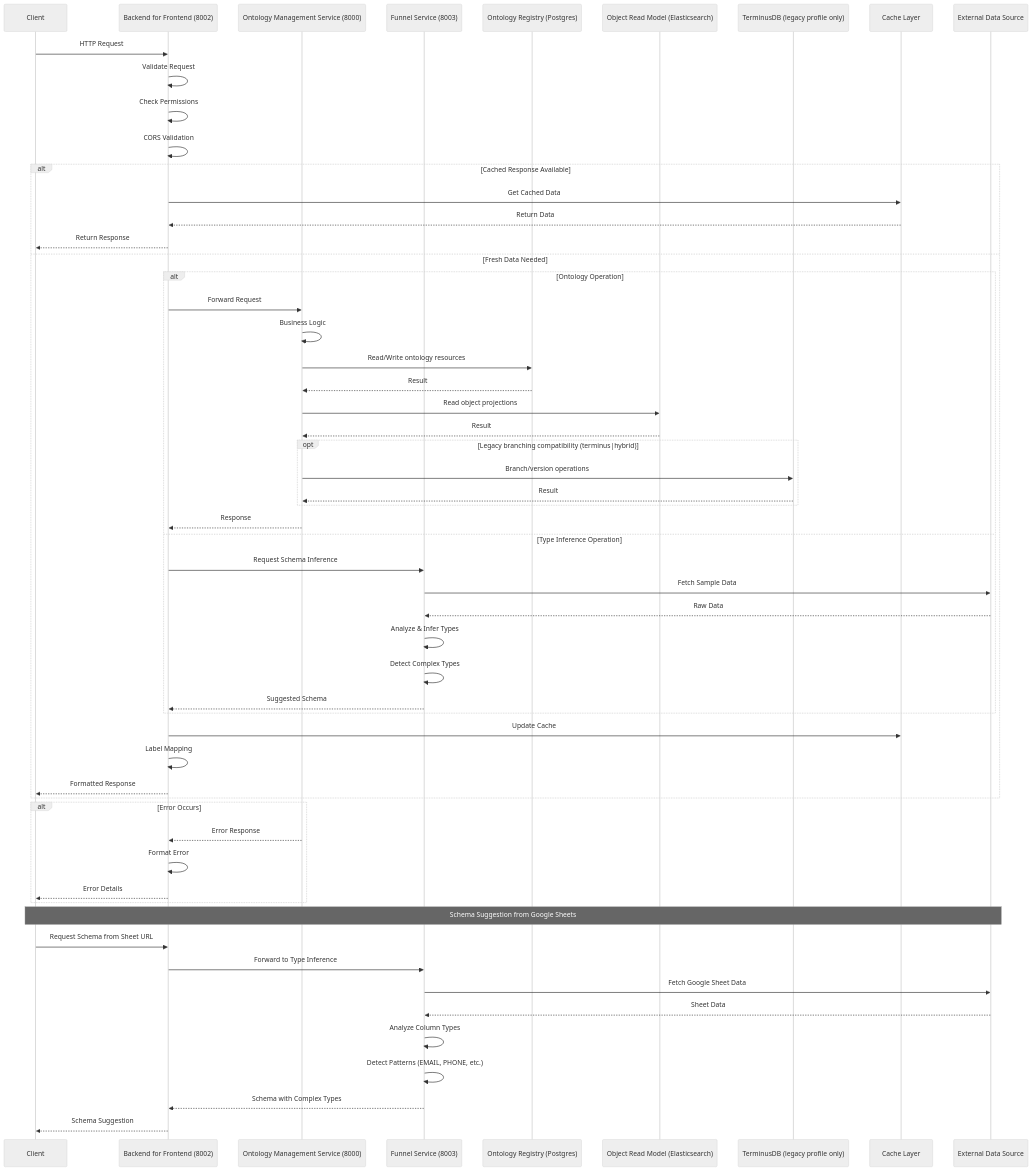
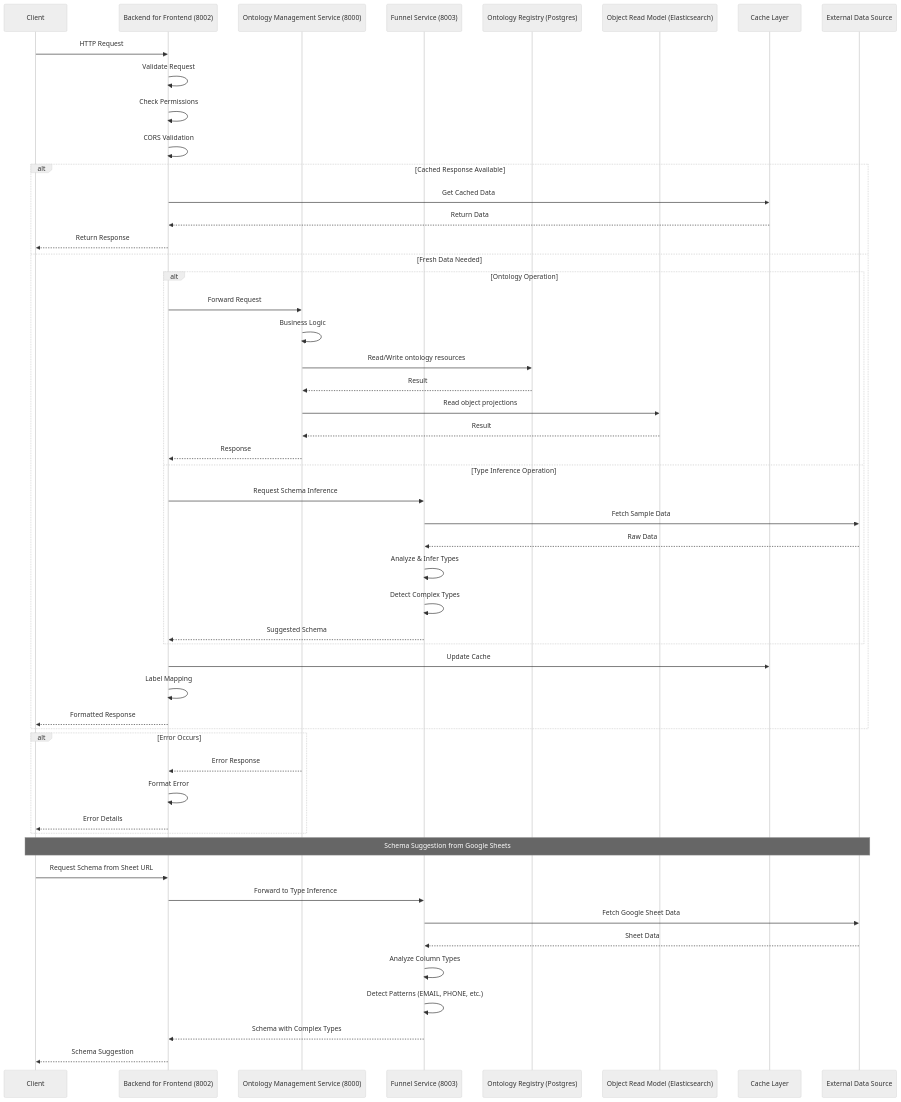
One commit to ludia8888/SPICE-Harvester changed the diagram in docs/architecture/service_interactions.mmd. Above: the diagram before and after it, drawn with Mermaid (neutral theme). The commit also changed 64 other files, not shown here.

Commit message:
refactor(foundry): remove legacy contracts and align ontology v2 flows

```diff
--- a/docs/architecture/service_interactions.mmd
+++ b/docs/architecture/service_interactions.mmd
@@ -1,67 +1,62 @@
 sequenceDiagram
     %% Service Interaction Flow
     %% Last Updated: 2026-02-15
     
     participant Client
     participant BFF as Backend for Frontend (8002)
     participant OMS as Ontology Management Service (8000)
     participant Funnel as Funnel Service (8003)
     participant PG as Ontology Registry (Postgres)
     participant Search as Object Read Model (Elasticsearch)
-    participant Legacy as TerminusDB (legacy profile only)
     participant Cache as Cache Layer
     participant ExtData as External Data Source
     
     %% Standard Request Flow
     Client->>BFF: HTTP Request
     BFF->>BFF: Validate Request
     BFF->>BFF: Check Permissions
     BFF->>BFF: CORS Validation
     
     alt Cached Response Available
         BFF->>Cache: Get Cached Data
         Cache-->>BFF: Return Data
         BFF-->>Client: Return Response
     else Fresh Data Needed
         alt Ontology Operation
             BFF->>OMS: Forward Request
             OMS->>OMS: Business Logic
             OMS->>PG: Read/Write ontology resources
             PG-->>OMS: Result
             OMS->>Search: Read object projections
             Search-->>OMS: Result
-            opt Legacy branching compatibility (terminus|hybrid)
-                OMS->>Legacy: Branch/version operations
-                Legacy-->>OMS: Result
-            end
             OMS-->>BFF: Response
         else Type Inference Operation
             BFF->>Funnel: Request Schema Inference
             Funnel->>ExtData: Fetch Sample Data
             ExtData-->>Funnel: Raw Data
             Funnel->>Funnel: Analyze & Infer Types
             Funnel->>Funnel: Detect Complex Types
             Funnel-->>BFF: Suggested Schema
         end
         BFF->>Cache: Update Cache
         BFF->>BFF: Label Mapping
         BFF-->>Client: Formatted Response
     end
     
     %% Error Handling
     alt Error Occurs
         OMS-->>BFF: Error Response
         BFF->>BFF: Format Error
         BFF-->>Client: Error Details
     end
     
     %% Schema Suggestion Flow
     note over Client,ExtData: Schema Suggestion from Google Sheets
     Client->>BFF: Request Schema from Sheet URL
     BFF->>Funnel: Forward to Type Inference
     Funnel->>ExtData: Fetch Google Sheet Data
     ExtData-->>Funnel: Sheet Data
     Funnel->>Funnel: Analyze Column Types
     Funnel->>Funnel: Detect Patterns (EMAIL, PHONE, etc.)
     Funnel-->>BFF: Schema with Complex Types
     BFF-->>Client: Schema Suggestion
```
